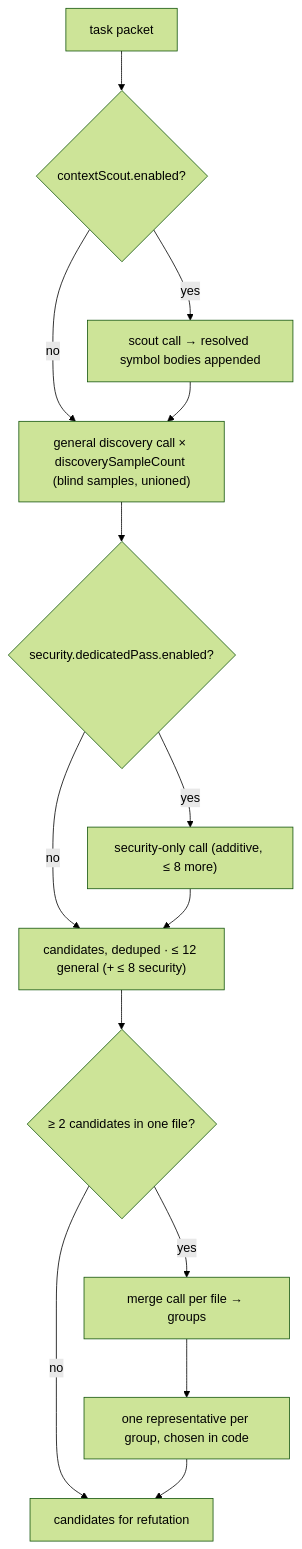
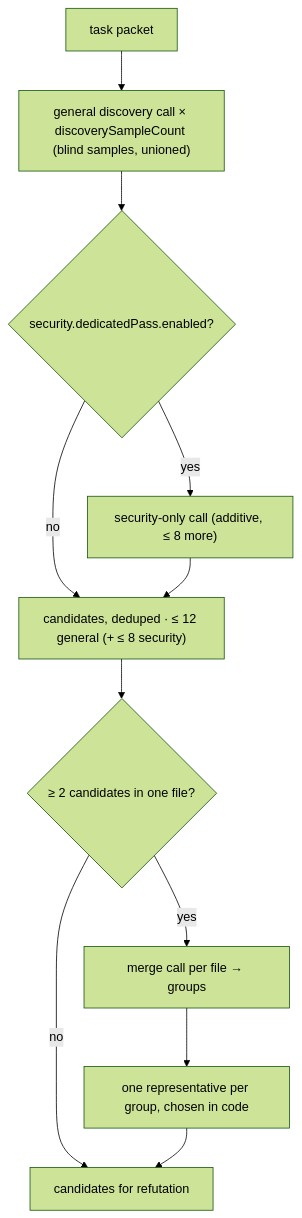
The diagram in docs/03-concepts/pipeline/04-holistic-discovery.md (sebastianwessel/codereviewer), drawn with Mermaid (forest theme) before and after one commit. The commit also changed other lines of this file and 49 other files, not shown here.

First line of the commit message:
refactor: remove the context scout, and correct spec 01's domain tree

````diff
--- a/docs/03-concepts/pipeline/04-holistic-discovery.md
+++ b/docs/03-concepts/pipeline/04-holistic-discovery.md
@@ -182,16 +182,13 @@
 ```mermaid
 flowchart TD
-  P["task packet"] --> S{"contextScout.enabled?"}
-  S -- yes --> SC["scout call → resolved symbol bodies appended"]
-  S -- no --> G
-  SC --> G["general discovery call × discoverySampleCount (blind samples, unioned)"]
+  P["task packet"] --> G["general discovery call × discoverySampleCount (blind samples, unioned)"]
   G --> SE{"security.dedicatedPass.enabled?"}
   SE -- yes --> SP["security-only call (additive, ≤ 8 more)"]
   SE -- no --> C["candidates, deduped · ≤ 12 general (+ ≤ 8 security)"]
   SP --> C
   C --> M{"≥ 2 candidates in one file?"}
   M -- no --> O["candidates for refutation"]
   M -- yes --> MM["merge call per file → groups"]
   MM --> R["one representative per group, chosen in code"]
   R --> O
 ```
````
